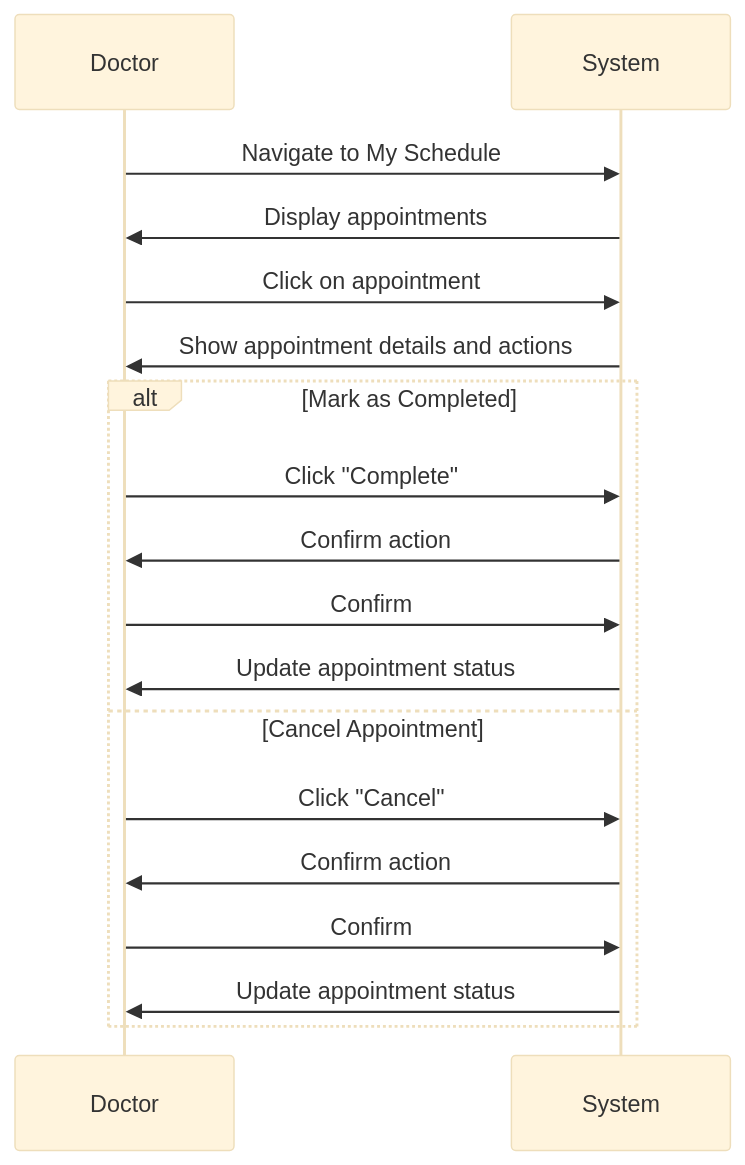
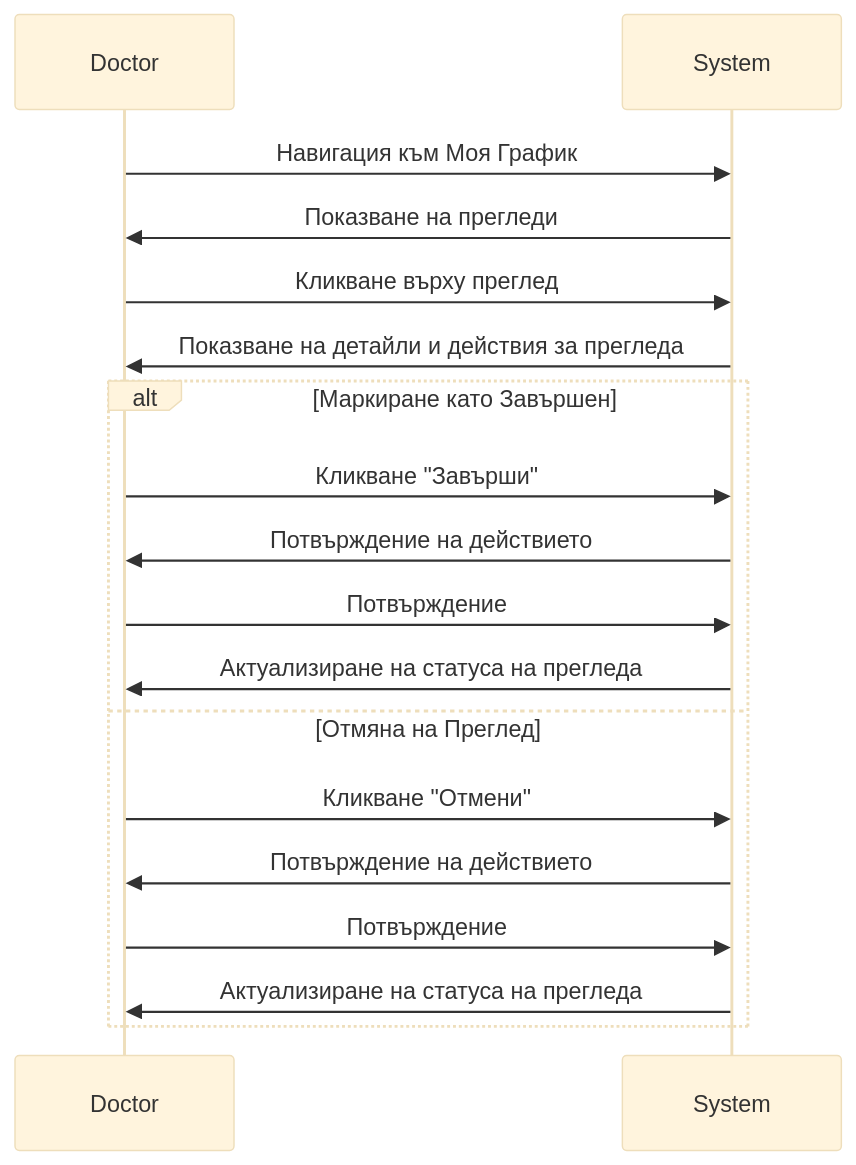
One commit to RadostV/webmedicalscheduler changed the third of 3 diagrams in docs/guides/user-guide.md. Above: the diagram before and after it, drawn with Mermaid (base theme). The commit also changed other lines of this file and 39 other files, not shown here.

````diff
--- a/docs/guides/user-guide.md
+++ b/docs/guides/user-guide.md
@@ -133,23 +133,23 @@
 ```mermaid
 sequenceDiagram
     participant Doctor
     participant System
 
-    Doctor->>System: Navigate to My Schedule
-    System->>Doctor: Display appointments
+    Doctor->>System: Навигация към Моя График
+    System->>Doctor: Показване на прегледи
 
-    Doctor->>System: Click on appointment
-    System->>Doctor: Show appointment details and actions
+    Doctor->>System: Кликване върху преглед
+    System->>Doctor: Показване на детайли и действия за прегледа
 
-    alt Mark as Completed
-        Doctor->>System: Click "Complete"
-        System->>Doctor: Confirm action
-        Doctor->>System: Confirm
-        System->>Doctor: Update appointment status
-    else Cancel Appointment
-        Doctor->>System: Click "Cancel"
-        System->>Doctor: Confirm action
-        Doctor->>System: Confirm
-        System->>Doctor: Update appointment status
+    alt Маркиране като Завършен
+        Doctor->>System: Кликване "Завърши"
+        System->>Doctor: Потвърждение на действието
+        Doctor->>System: Потвърждение
+        System->>Doctor: Актуализиране на статуса на прегледа
+    else Отмяна на Преглед
+        Doctor->>System: Кликване "Отмени"
+        System->>Doctor: Потвърждение на действието
+        Doctor->>System: Потвърждение
+        System->>Doctor: Актуализиране на статуса на прегледа
     end
 ```
````
